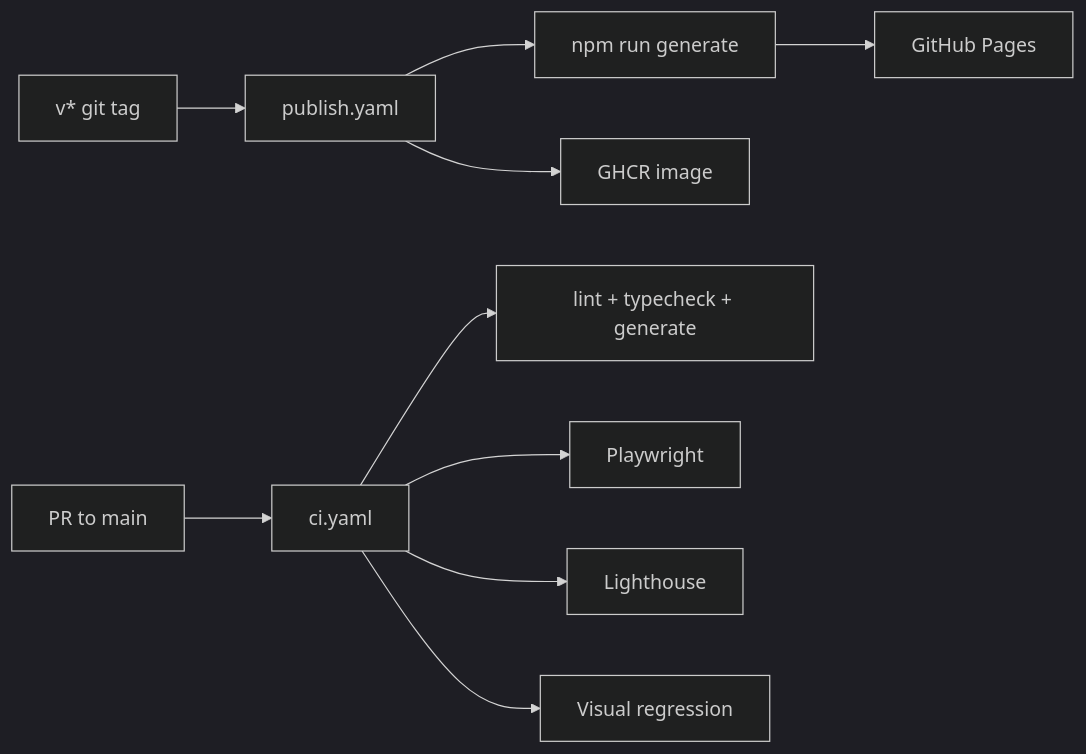
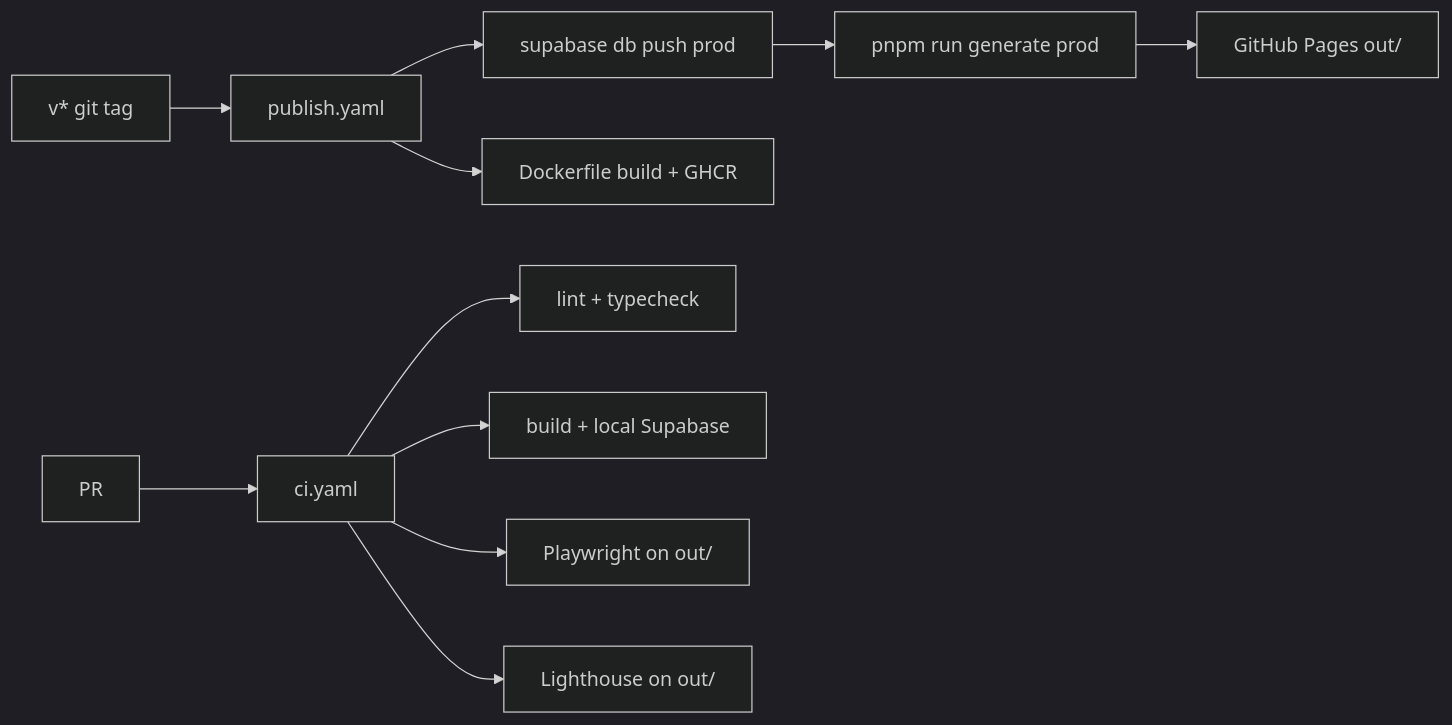
The third of 3 diagrams in docs/.ai/architecture.md (95gabor/cv), drawn with Mermaid (dark theme) before and after one commit. The commit also changed other lines of this file and 153 other files, not shown here.

First line of the commit message:
feat!: rewrite CV site on Next.js, Supabase, and pnpm (#148)

````diff
--- a/docs/.ai/architecture.md
+++ b/docs/.ai/architecture.md
@@ -96,12 +90,13 @@
 ```mermaid
 flowchart LR
     Tag[v* git tag] --> Publish[publish.yaml]
-    Publish --> Gen[npm run generate]
-    Gen --> Pages[GitHub Pages]
-    Publish --> Docker[GHCR image]
-    PR[PR to main] --> CI[ci.yaml]
-    CI --> Lint[lint + typecheck + generate]
-    CI --> E2E[Playwright]
-    CI --> LH[Lighthouse]
-    CI --> Percy[Visual regression]
+    Publish --> Migrate[supabase db push prod]
+    Migrate --> Build[pnpm run generate prod]
+    Build --> Pages[GitHub Pages out/]
+    Publish --> Docker[Dockerfile build + GHCR]
+    PR[PR] --> CI[ci.yaml]
+    CI --> Lint[lint + typecheck]
+    CI --> Gen[build + local Supabase]
+    CI --> E2E[Playwright on out/]
+    CI --> LH[Lighthouse on out/]
 ```
````
